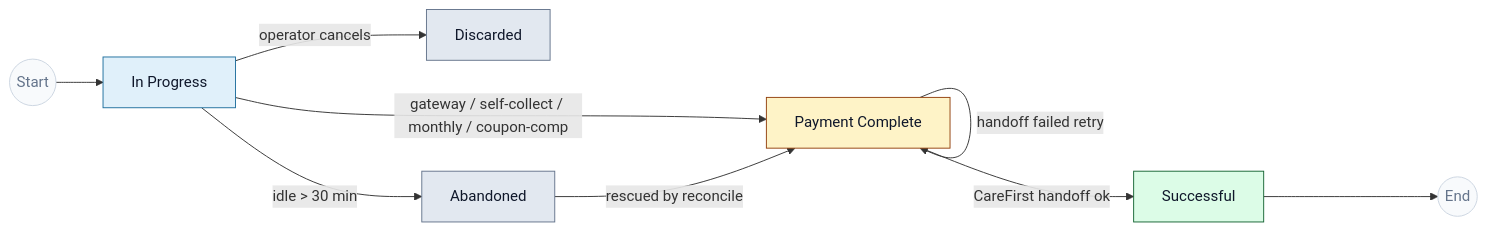
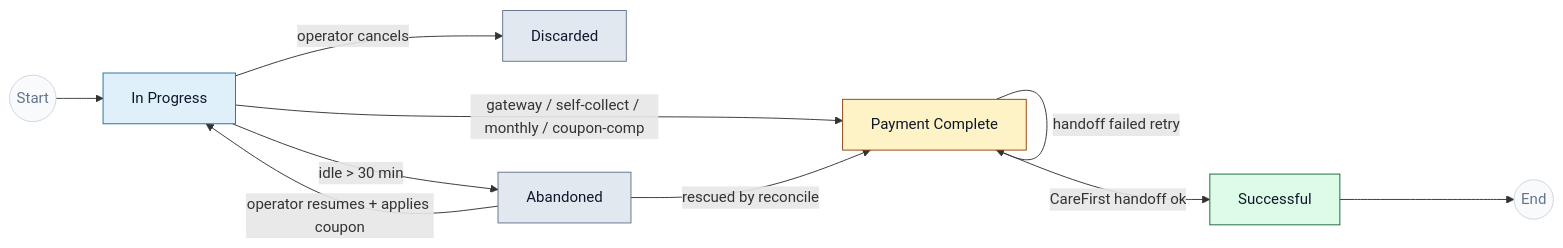
Before and after one commit to LuckyDaWizard/3rd-Party-Booking-System: the first of 2 diagrams in booking-app/content/reports/status-lifecycle.mdx, drawn with Mermaid. The commit also changed other lines of this file and 2 other files, not shown here.

````diff
--- a/booking-app/content/reports/status-lifecycle.mdx
+++ b/booking-app/content/reports/status-lifecycle.mdx
@@ -34,22 +34,23 @@
 ```mermaid
 flowchart LR
     A((Start)) --> B[In Progress]
     B -->|gateway / self-collect / monthly / coupon-comp| C[Payment Complete]
     B -->|operator cancels| D[Discarded]
     B -->|idle &gt; 30 min| E[Abandoned]
     E -->|rescued by reconcile| C
+    E -->|operator resumes + applies coupon| B
     C -->|handoff failed retry| C
     C -->|CareFirst handoff ok| F[Successful]
     F --> G((End))
 
     classDef brand    fill:#e0f0fa,stroke:#1f6f9d,color:#0f172a;
     classDef ok       fill:#dcfce7,stroke:#166534,color:#0f172a;
     classDef warn     fill:#fef3c7,stroke:#92400e,color:#0f172a;
     classDef mute     fill:#e2e8f0,stroke:#64748b,color:#0f172a;
     classDef terminal fill:#f8fafc,stroke:#cbd5e1,color:#64748b;
     class B brand;
     class C warn;
     class F ok;
     class D,E mute;
     class A,G terminal;
 ```
````
